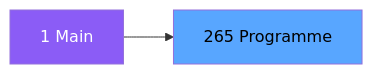
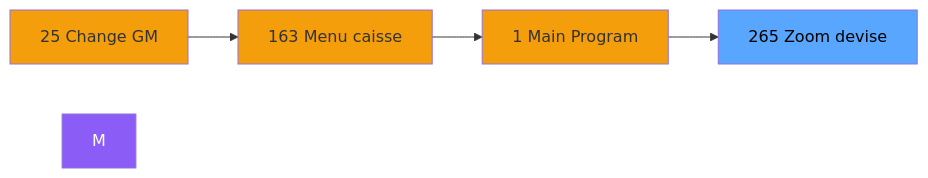
The second of 3 diagrams in .openspec/specs/ADH-IDE-265.md (thonyAGP/magic-migration), drawn with Mermaid before and after one commit. The commit also changed other lines of this file and 323 other files, not shown here.

````diff
--- a/.openspec/specs/ADH-IDE-265.md
+++ b/.openspec/specs/ADH-IDE-265.md
@@ -98,8 +113,15 @@
 ```mermaid
 graph LR
-    M[1 Main]
-    T[265 Programme]
-    M --> T
+    N25[25 Change GM]
+    N163[163 Menu caisse ]
+    N1[1 Main Program]
+    T[265 Zoom devise]
+    N25 --> N163
+    N163 --> N1
+    N1 --> T
     style M fill:#8b5cf6,color:#fff
+    style N25 fill:#f59e0b
+    style N163 fill:#f59e0b
+    style N1 fill:#f59e0b
     style T fill:#58a6ff,color:#000
 ```
````
